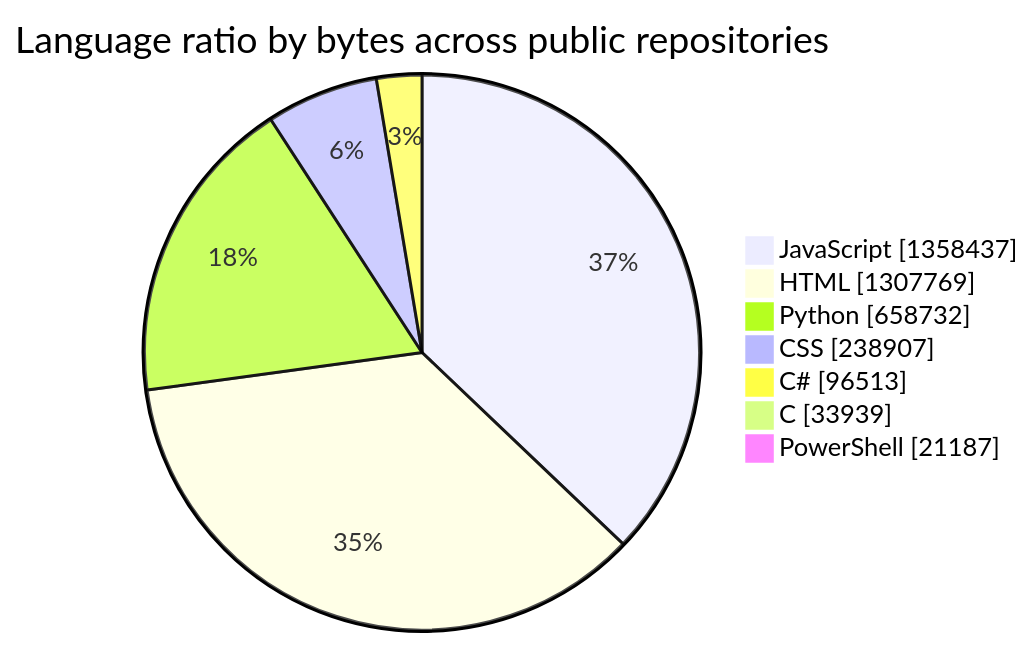
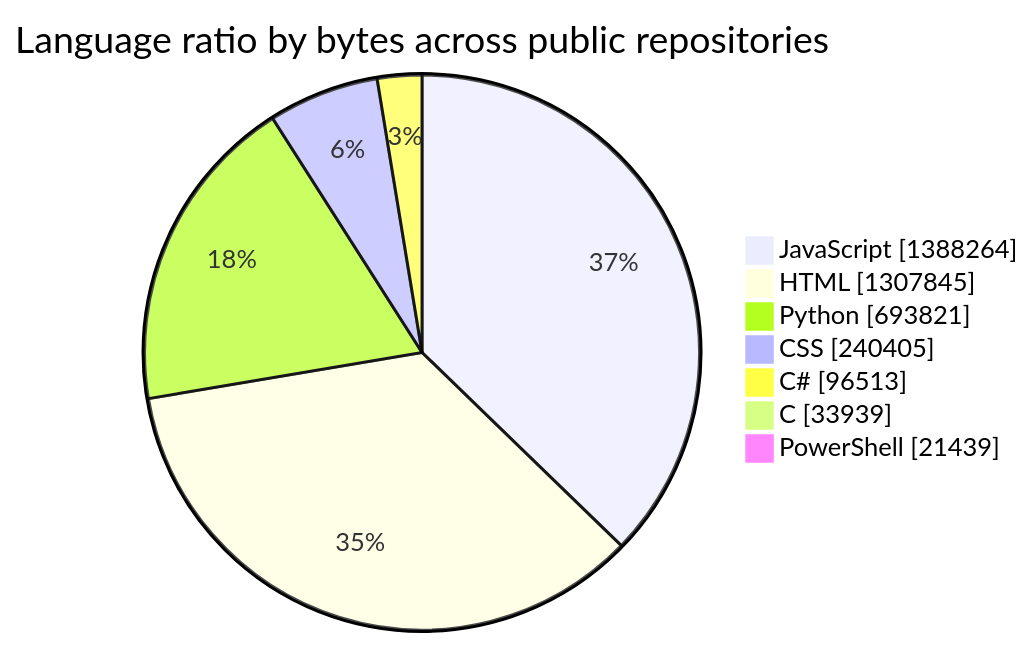
The first of 2 diagrams in README.md (tchinso/tchinso), drawn with Mermaid before and after one commit. The commit also changed other lines of this file, not shown here.

````diff
--- a/README.md
+++ b/README.md
@@ -24,11 +24,11 @@
 ```mermaid
 pie showData
     title Language ratio by bytes across public repositories
-    "JavaScript" : 1358437
-    "HTML" : 1307769
-    "Python" : 658732
-    "CSS" : 238907
+    "JavaScript" : 1388264
+    "HTML" : 1307845
+    "Python" : 693821
+    "CSS" : 240405
     "C#" : 96513
     "C" : 33939
-    "PowerShell" : 21187
+    "PowerShell" : 21439
 ```
````
